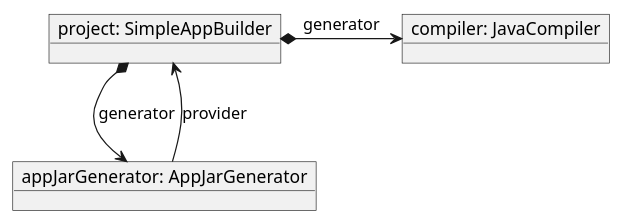
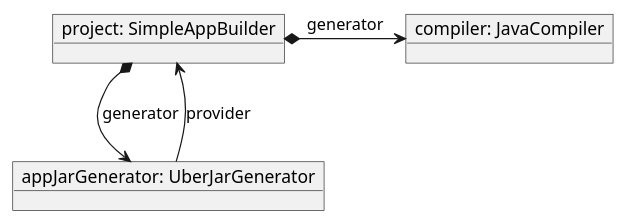
Before and after one commit to mnlipp/JDrupes-Builder: the third of 5 diagrams in overview.md, drawn with PlantUML. The commit also changed other lines of this file and 3 other files, not shown here.

```diff
--- a/overview.md
+++ b/overview.md
@@ -30,8 +30,8 @@
 @startuml simple-appjar-project.svg
 object "project: SimpleAppBuilder" as project
 object "compiler: JavaCompiler" as compiler
-object "appJarGenerator: AppJarGenerator" as appJarGenerator
+object "appJarGenerator: UberJarGenerator" as appJarGenerator
 project *-right-> compiler : generator
 project *--> appJarGenerator : generator
 appJarGenerator --> project : provider
 @enduml
```
